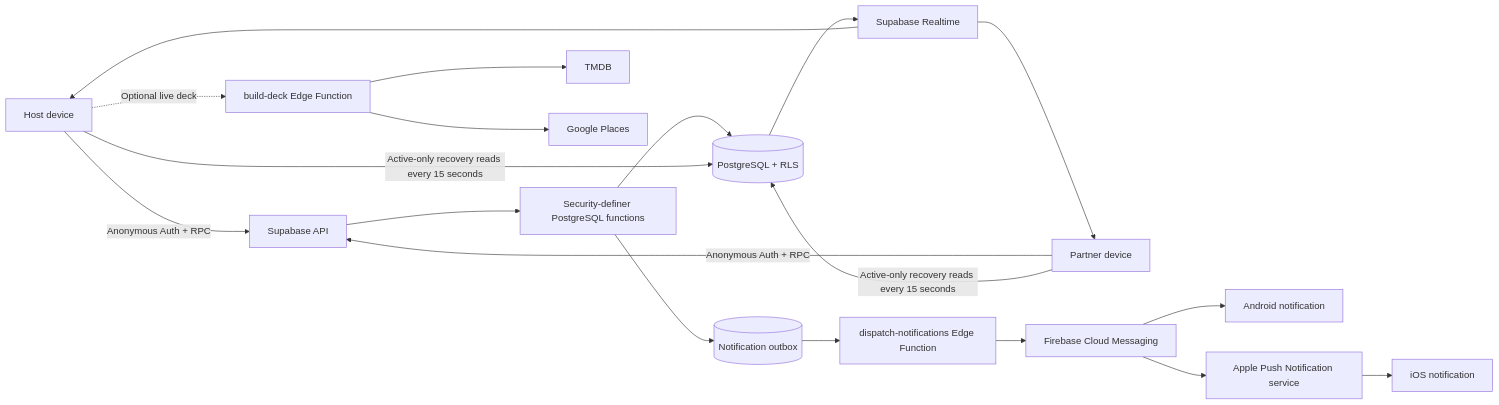
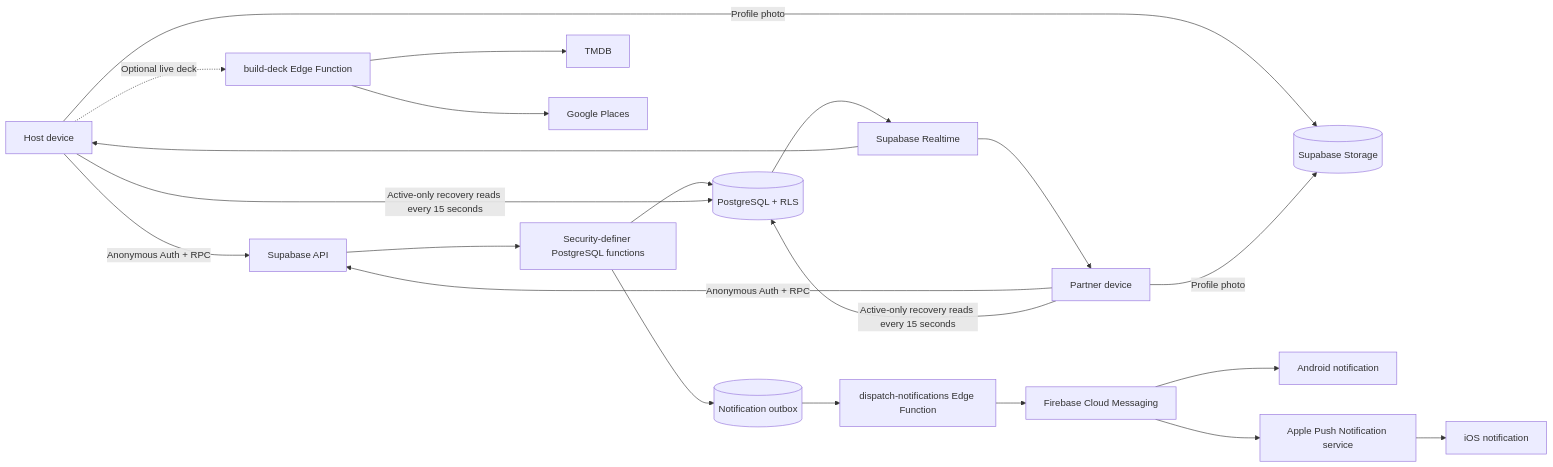
Before and after one commit to pa-mi-su/choosr-platform: the first of 2 diagrams in README.md, drawn with Mermaid. The commit also changed other lines of this file, not shown here.

````diff
--- a/README.md
+++ b/README.md
@@ -76,21 +92,23 @@
 ```mermaid
 flowchart LR
     Host["Host device"] -->|"Anonymous Auth + RPC"| API["Supabase API"]
     Partner["Partner device"] -->|"Anonymous Auth + RPC"| API
     API --> RPC["Security-definer PostgreSQL functions"]
     RPC --> DB[("PostgreSQL + RLS")]
     DB --> RT["Supabase Realtime"]
     RT --> Host
     RT --> Partner
     Host -->|"Active-only recovery reads every 15 seconds"| DB
     Partner -->|"Active-only recovery reads every 15 seconds"| DB
     Host -.->|"Optional live deck"| Edge["build-deck Edge Function"]
     Edge --> TMDB["TMDB"]
     Edge --> Places["Google Places"]
+    Host -->|"Profile photo"| Storage[("Supabase Storage")]
+    Partner -->|"Profile photo"| Storage
     RPC --> Outbox[("Notification outbox")]
     Outbox --> PushWorker["dispatch-notifications Edge Function"]
     PushWorker --> FCM["Firebase Cloud Messaging"]
     FCM --> Android["Android notification"]
     FCM --> APNs["Apple Push Notification service"]
     APNs --> iOS["iOS notification"]
 ```
````
